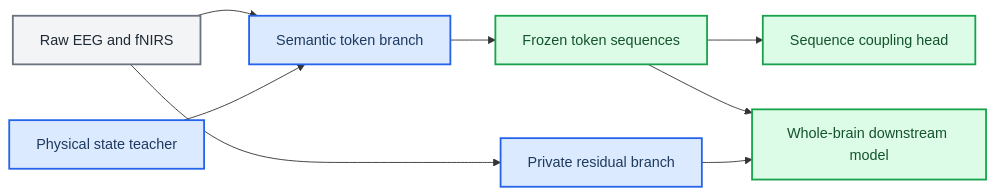
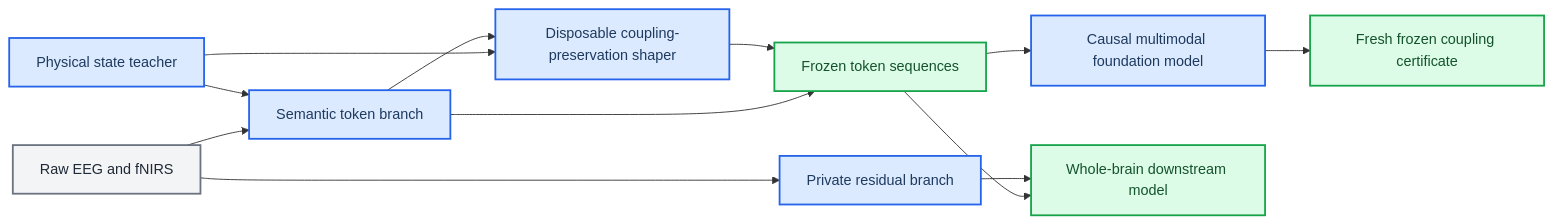
Before and after one commit to Kevin65536/PID-MCM: the diagram in docs/physiology_semantic_tokenizer/README.md, drawn with Mermaid. The commit also changed other lines of this file and 18 other files, not shown here.

Commit message:
docs(physiology): route teacher gradients by coupling stage

````diff
--- a/docs/physiology_semantic_tokenizer/README.md
+++ b/docs/physiology_semantic_tokenizer/README.md
@@ -41,21 +47,25 @@
 ```mermaid
 flowchart LR
     accTitle: Redesign responsibility split
-    accDescr: The approved design separates physiological state tokenization, information-preserving residual coding, and downstream cross-modal coupling estimation.
+    accDescr: The approved design separates physiological tokenization, training-only coupling preservation, foundation discovery, and independent frozen certification.
 
     raw_signal["Raw EEG and fNIRS"] --> semantic_tokens["Semantic token branch"]
     raw_signal --> residual_stream["Private residual branch"]
     physical_teacher["Physical state teacher"] --> semantic_tokens
+    physical_teacher --> preservation["Disposable coupling-preservation shaper"]
+    semantic_tokens --> preservation
     semantic_tokens --> frozen_tokens["Frozen token sequences"]
-    frozen_tokens --> coupling_head["Sequence coupling head"]
+    preservation --> frozen_tokens
+    frozen_tokens --> foundation_model["Causal multimodal foundation model"]
+    foundation_model --> coupling_head["Fresh frozen coupling certificate"]
     frozen_tokens --> downstream_model["Whole-brain downstream model"]
     residual_stream --> downstream_model
 
     classDef current fill:#f3f4f6,stroke:#6b7280,stroke-width:2px,color:#1f2937
     classDef target fill:#dbeafe,stroke:#2563eb,stroke-width:2px,color:#1e3a5f
     classDef evaluation fill:#dcfce7,stroke:#16a34a,stroke-width:2px,color:#14532d
 
     class raw_signal current
-    class physical_teacher,semantic_tokens,residual_stream target
+    class physical_teacher,semantic_tokens,residual_stream,preservation,foundation_model target
     class frozen_tokens,coupling_head,downstream_model evaluation
 ```
````
